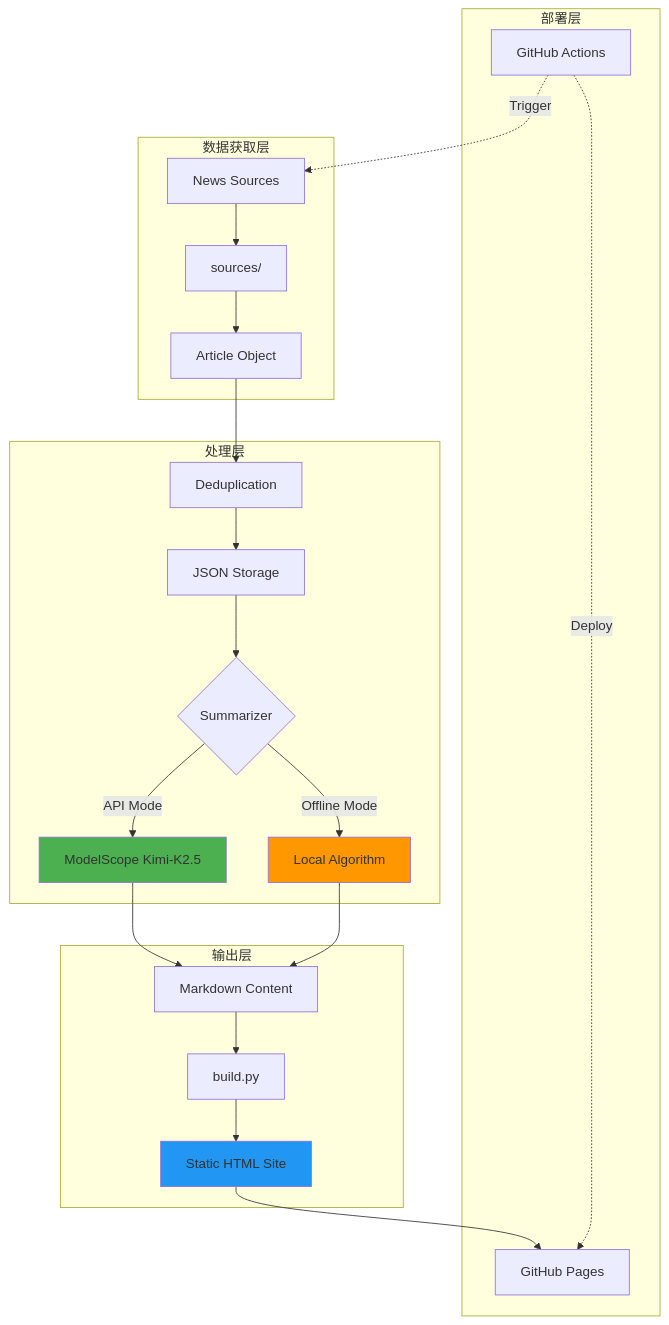
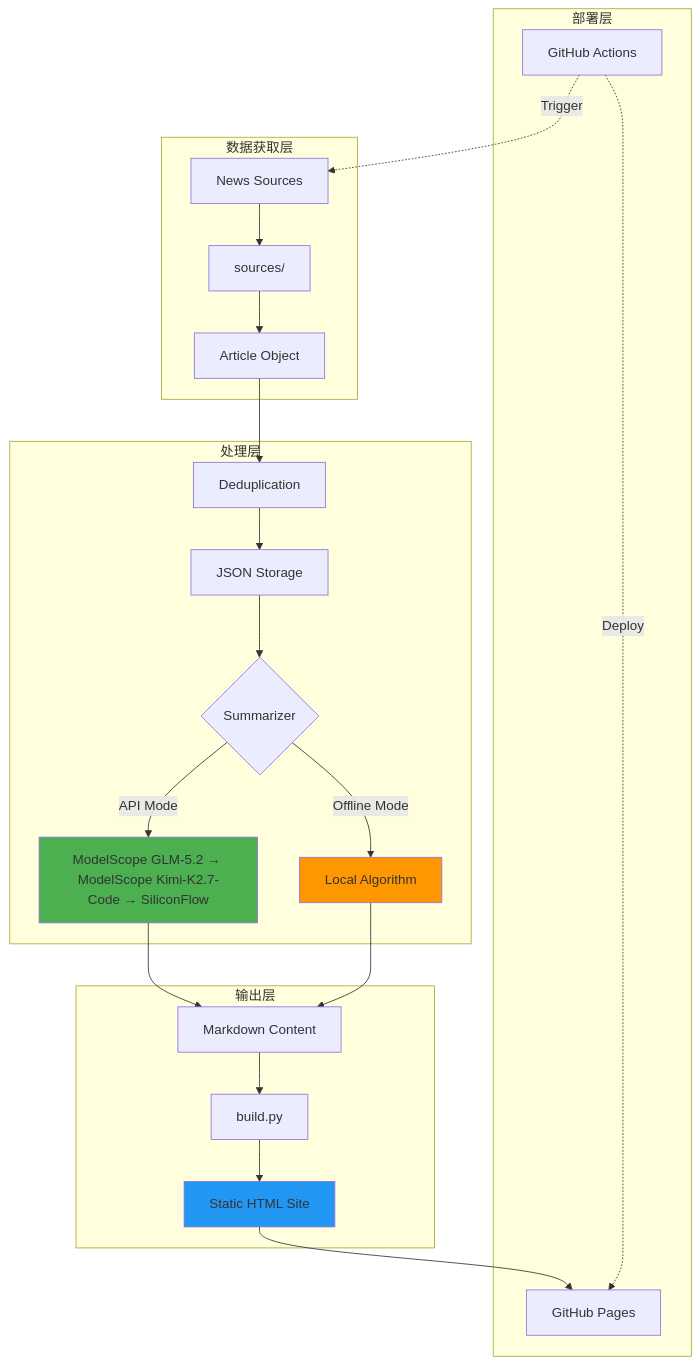
One commit to Carl-312/daily-report-site changed the first of 2 diagrams in ARCHITECTURE.md. Above: the diagram before and after it, drawn with Mermaid. The commit also changed other lines of this file and 9 other files, not shown here.

Commit message:
Add ModelScope secondary fallback

````diff
--- a/ARCHITECTURE.md
+++ b/ARCHITECTURE.md
@@ -9,32 +9,32 @@
 ```mermaid
 graph TB
     subgraph "数据获取层"
         A[News Sources] --> B[sources/]
         B --> C[Article Object]
     end
     
     subgraph "处理层"
         C --> D[Deduplication]
         D --> E[JSON Storage]
         E --> F{Summarizer}
-        F -->|API Mode| G[ModelScope Kimi-K2.5]
+        F -->|API Mode| G[ModelScope GLM-5.2 → ModelScope Kimi-K2.7-Code → SiliconFlow]
         F -->|Offline Mode| H[Local Algorithm]
     end
     
     subgraph "输出层"
         G --> I[Markdown Content]
         H --> I
         I --> J[build.py]
         J --> K[Static HTML Site]
     end
     
     subgraph "部署层"
         K --> L[GitHub Pages]
         M[GitHub Actions] -.->|Trigger| A
         M -.->|Deploy| L
     end
     
     style G fill:#4CAF50
     style H fill:#FF9800
     style K fill:#2196F3
 ```
````
